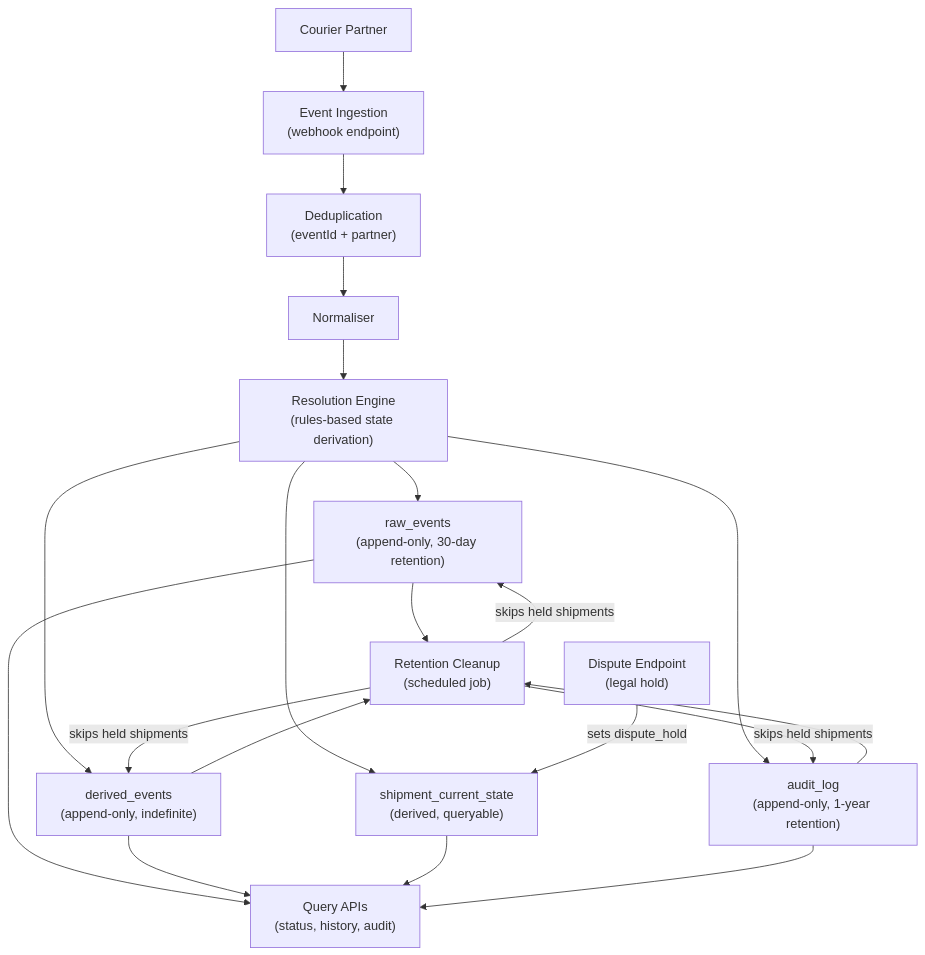
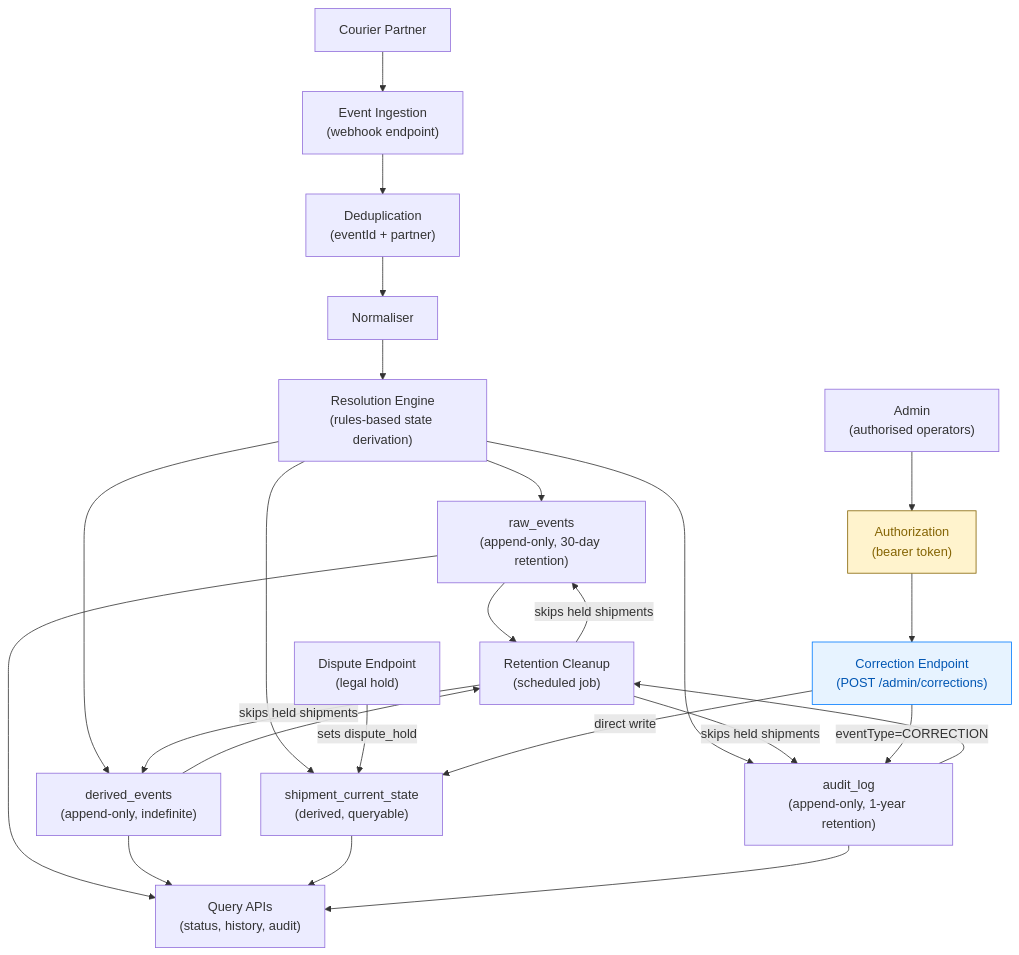
One commit to JanVDL1975/accso-tech-assessment changed the fifth of 5 diagrams in docs/ARCHITECTURE.md. Above: the diagram before and after it, drawn with Mermaid. The commit also changed other lines of this file and 3 other files, not shown here.

````diff
--- a/docs/ARCHITECTURE.md
+++ b/docs/ARCHITECTURE.md
@@ -270,35 +270,45 @@
 ```mermaid
 graph TD
     P["Courier Partner"]
     IE["Event Ingestion<br/>(webhook endpoint)"]
     DD["Deduplication<br/>(eventId + partner)"]
     N["Normaliser"]
     RE["Resolution Engine<br/>(rules-based state derivation)"]
     RAW["raw_events<br/>(append-only, 30-day retention)"]
     CS["shipment_current_state<br/>(derived, queryable)"]
     DE["derived_events<br/>(append-only, indefinite)"]
     AT["audit_log<br/>(append-only, 1-year retention)"]
     QA["Query APIs<br/>(status, history, audit)"]
     CL["Retention Cleanup<br/>(scheduled job)"]
     DISP["Dispute Endpoint<br/>(legal hold)"]
+    ADMIN["Admin<br/>(authorised operators)"]
+    CORR["Correction Endpoint<br/>(POST /admin/corrections)"]
+    AUTH["Authorization<br/>(bearer token)"]
 
     P --> IE
     IE --> DD
     DD --> N
     N --> RE
     RE --> RAW
     RE --> DE
     RE --> CS
     RE --> AT
     RAW --> CL
     DE --> CL
     AT --> CL
     DISP -->|sets dispute_hold| CS
     CL -->|skips held shipments| RAW
     CL -->|skips held shipments| DE
     CL -->|skips held shipments| AT
+    ADMIN --> AUTH
+    AUTH --> CORR
+    CORR -->|direct write| CS
+    CORR -->|eventType=CORRECTION| AT
     RAW --> QA
     DE --> QA
     CS --> QA
     AT --> QA
+
+    style CORR fill:#e7f3ff,stroke:#007bff,color:#0056b3
+    style AUTH fill:#fff3cd,stroke:#856404,color:#856404
 ```
````
